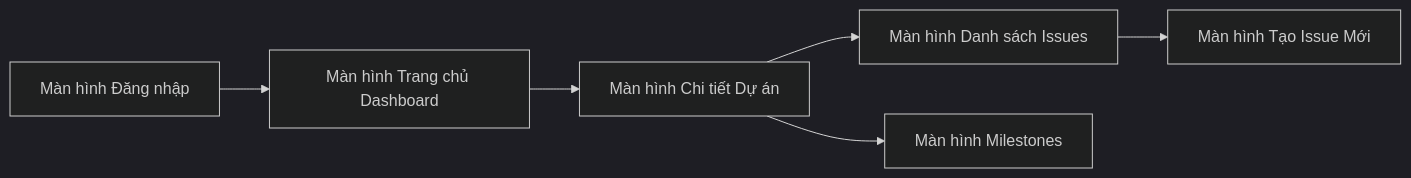
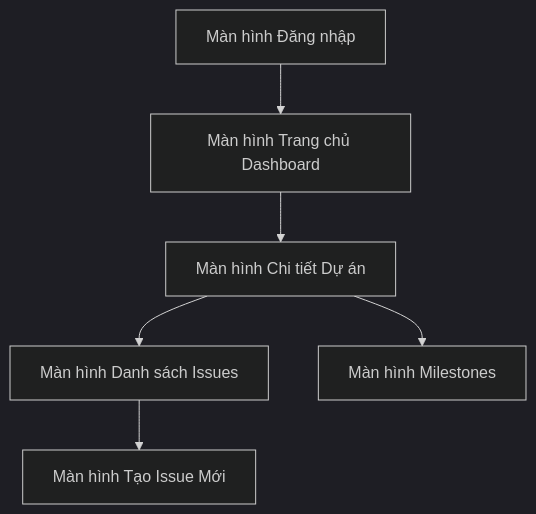
One commit to melowmolly2/obsidian changed the third of 3 diagrams in Bài 1.md. Above: the diagram before and after it, drawn with Mermaid (dark theme). The commit also changed other lines of this file, not shown here.

Commit message:
vault backup: 2026-06-14 10:02:28

````diff
--- a/Bài 1.md
+++ b/Bài 1.md
@@ -137,9 +137,9 @@
 ```mermaid
 %%{init: {'sequence': {'useMaxWidth': true}}}%%
-graph LR
+graph TD
     A[Màn hình Đăng nhập] --> B[Màn hình Trang chủ Dashboard]
     B --> C[Màn hình Chi tiết Dự án]
     C --> D[Màn hình Danh sách Issues]
     C --> E[Màn hình Milestones]
     D --> F[Màn hình Tạo Issue Mới]
 ```
````
